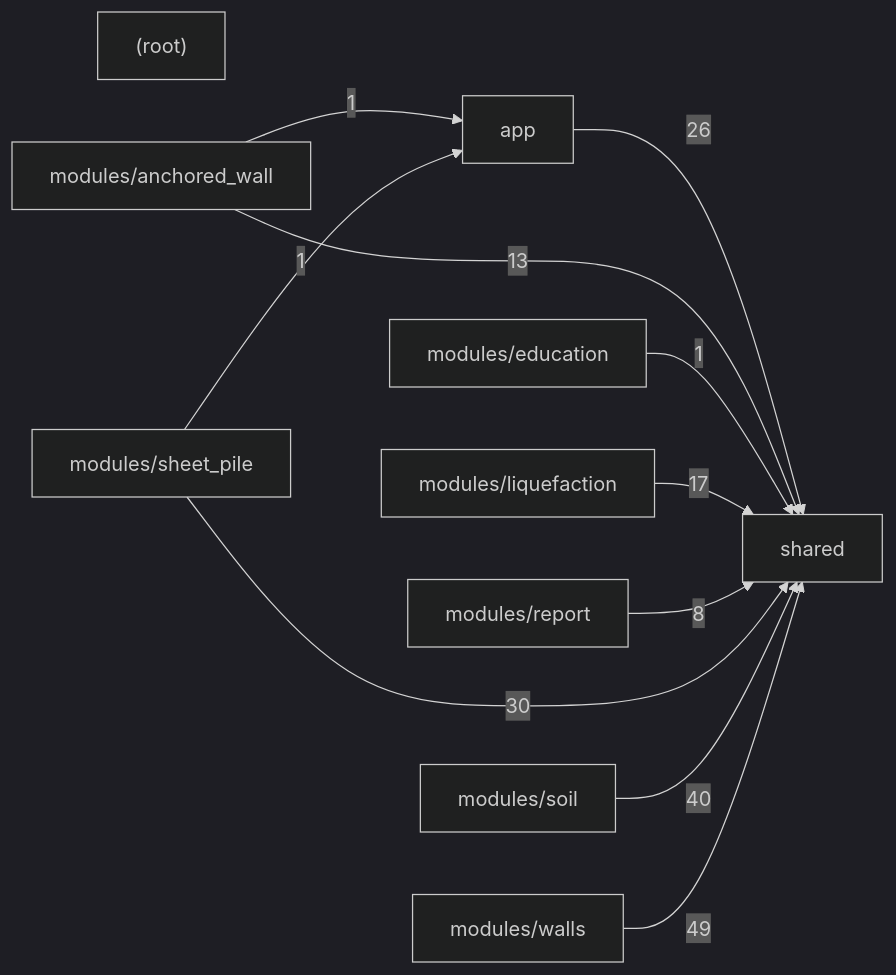
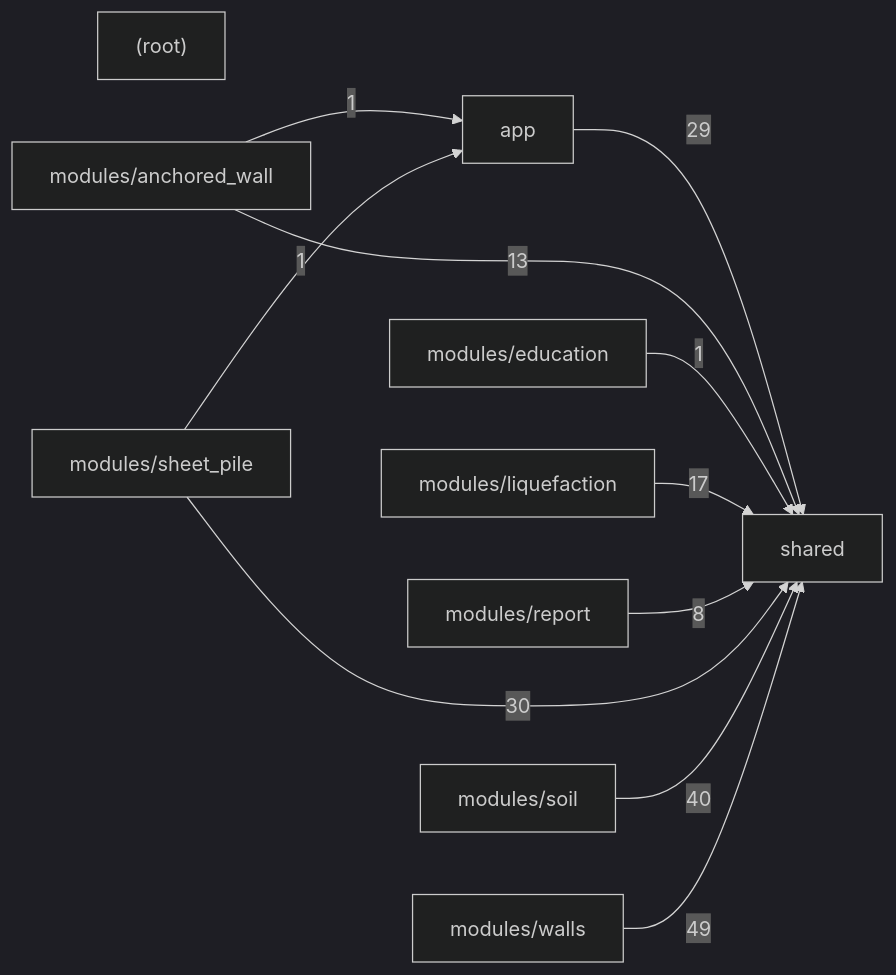
Before and after one commit to umutsertkaya/Foundation_Engineering_Program: the second of 2 diagrams in docs/CODE_MAP.md, drawn with Mermaid (dark theme). The commit also changed other lines of this file and 17 other files, not shown here.

````diff
--- a/docs/CODE_MAP.md
+++ b/docs/CODE_MAP.md
@@ -636,23 +636,23 @@
 ```mermaid
 graph LR
   _root_["(root)"]
   app["app"]
   modules_anchored_wall["modules/anchored_wall"]
   modules_education["modules/education"]
   modules_liquefaction["modules/liquefaction"]
   modules_report["modules/report"]
   modules_sheet_pile["modules/sheet_pile"]
   modules_soil["modules/soil"]
   modules_walls["modules/walls"]
   shared["shared"]
-  app -->|26| shared
+  app -->|29| shared
   modules_anchored_wall -->|1| app
   modules_anchored_wall -->|13| shared
   modules_education -->|1| shared
   modules_liquefaction -->|17| shared
   modules_report -->|8| shared
   modules_sheet_pile -->|1| app
   modules_sheet_pile -->|30| shared
   modules_soil -->|40| shared
   modules_walls -->|49| shared
 ```
````
